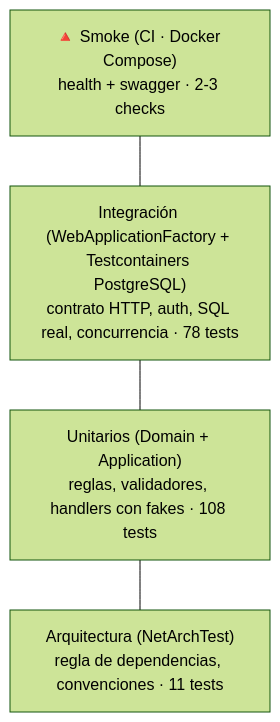
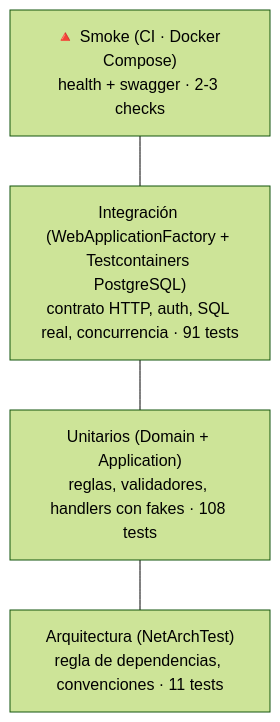
One commit to alba-alonso-dev/leaderboard-api changed the diagram in docs/coding-standards.md. Above: the diagram before and after it, drawn with Mermaid (forest theme). The commit also changed other lines of this file and 32 other files, not shown here.

````diff
--- a/docs/coding-standards.md
+++ b/docs/coding-standards.md
@@ -207,9 +207,9 @@
 ```mermaid
 flowchart TB
     A["🔺 Smoke (CI · Docker Compose)<br/>health + swagger · 2-3 checks"]
-    B["Integración (WebApplicationFactory + Testcontainers PostgreSQL)<br/>contrato HTTP, auth, SQL real, concurrencia · 78 tests"]
+    B["Integración (WebApplicationFactory + Testcontainers PostgreSQL)<br/>contrato HTTP, auth, SQL real, concurrencia · 91 tests"]
     C["Unitarios (Domain + Application)<br/>reglas, validadores, handlers con fakes · 108 tests"]
     D["Arquitectura (NetArchTest)<br/>regla de dependencias, convenciones · 11 tests"]
     A --- B --- C
     C --- D
 ```
````
